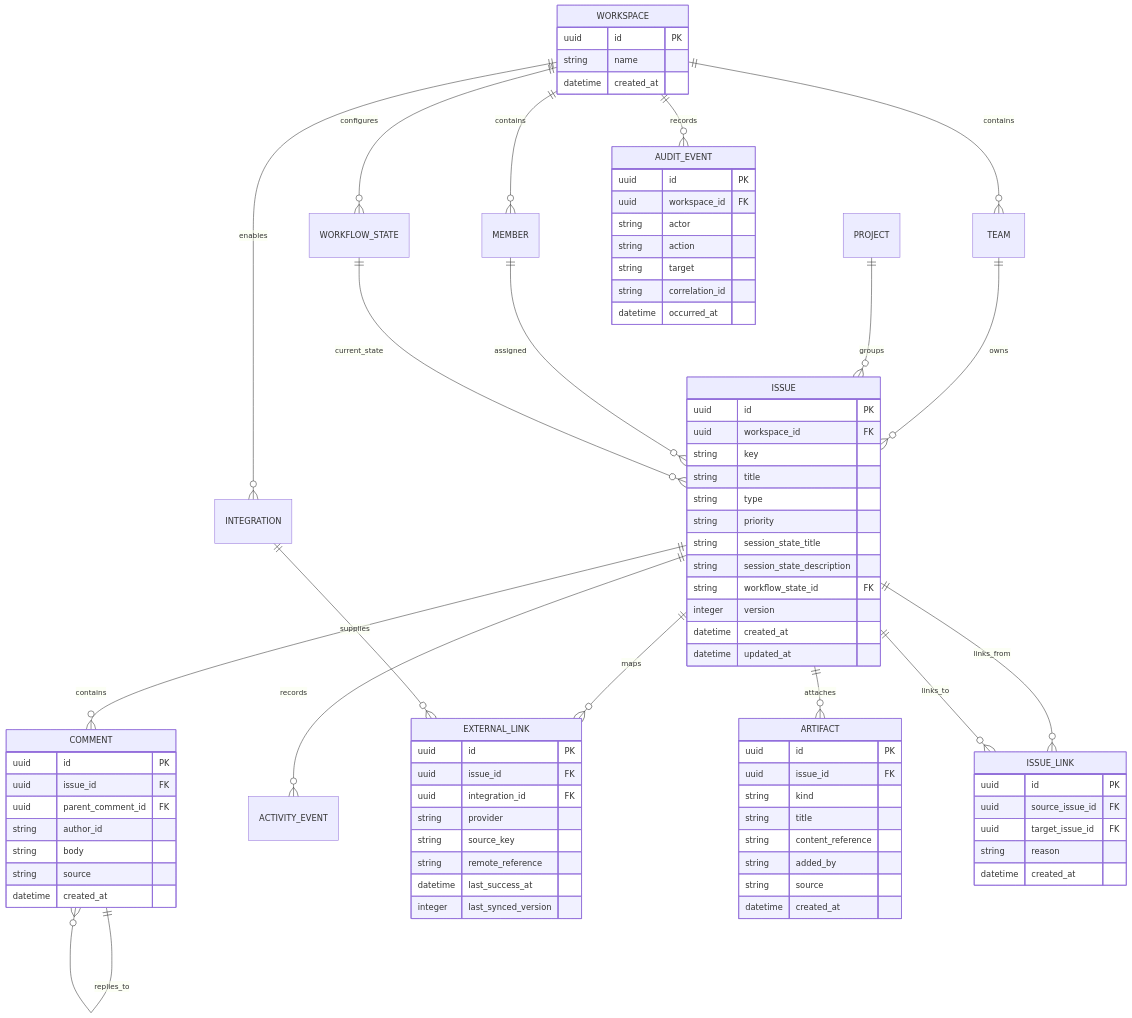
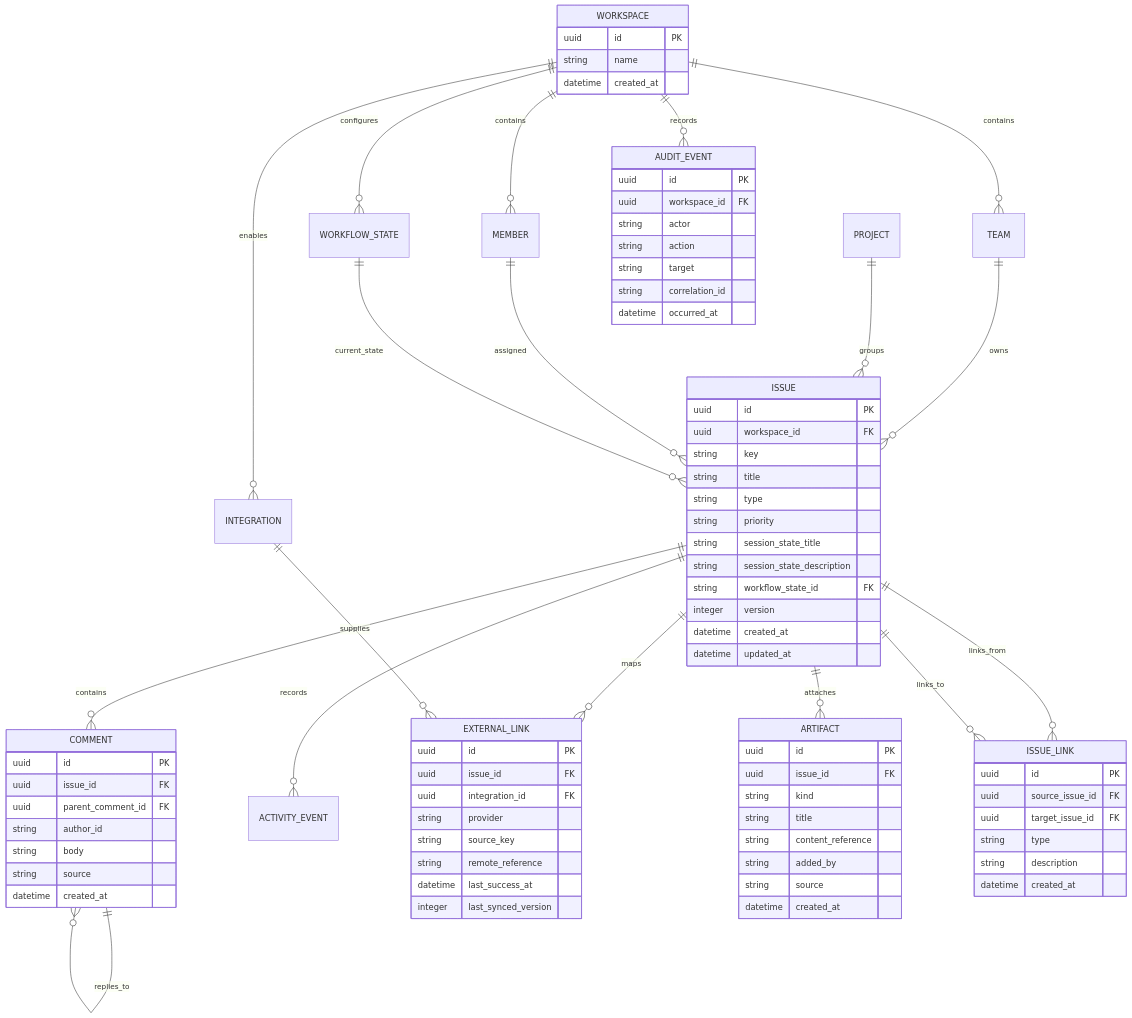
The second of 2 diagrams in docs/anvilboard/srs.md (sommmen/Anvilboard), drawn with Mermaid before and after one commit. The commit also changed other lines of this file and 3 other files, not shown here.

```diff
--- a/docs/anvilboard/srs.md
+++ b/docs/anvilboard/srs.md
@@ -645,7 +645,8 @@
       uuid id PK
       uuid source_issue_id FK
       uuid target_issue_id FK
-      string reason
+      string type
+      string description
       datetime created_at
     }
     EXTERNAL_LINK {
```
